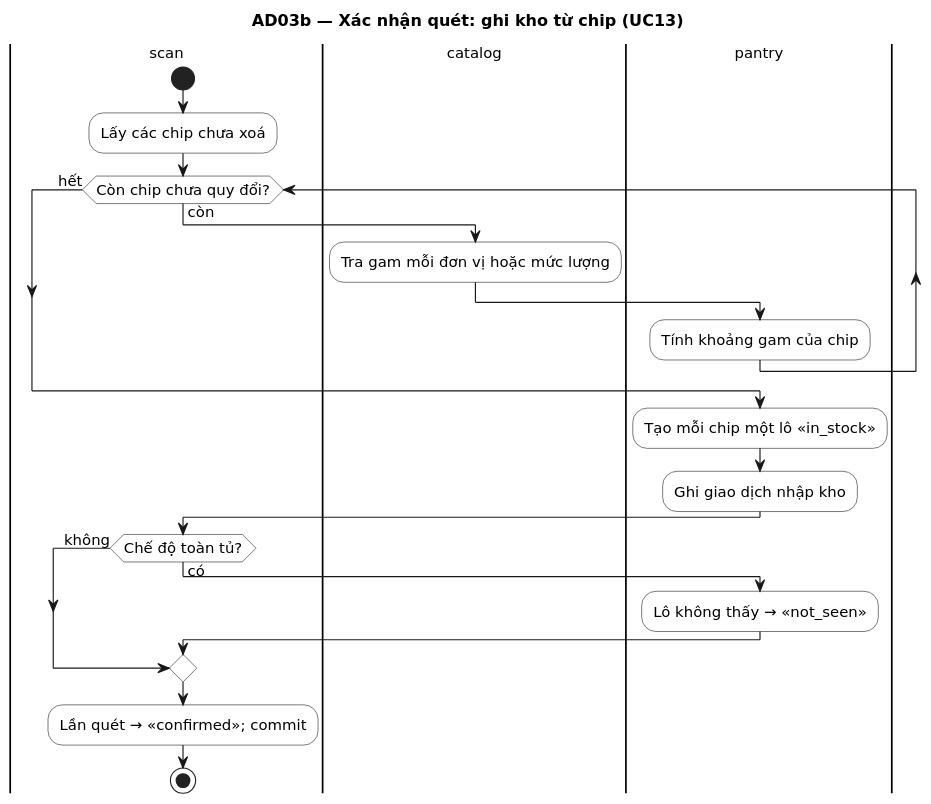
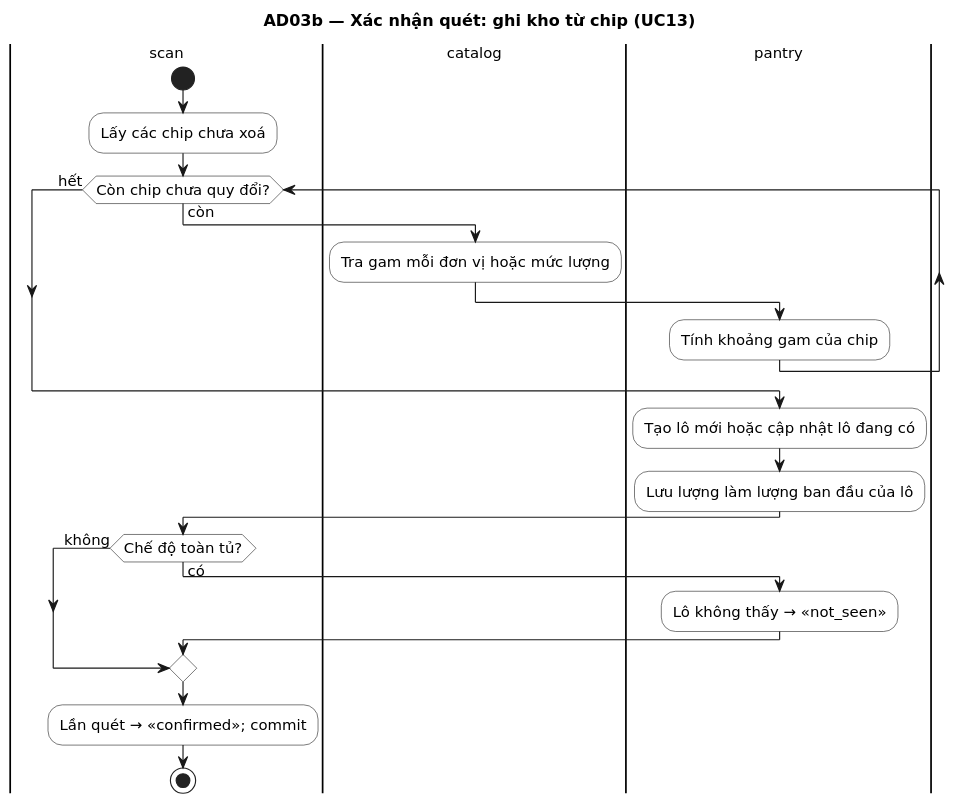
Before and after one commit to NamBuw/Tastoria: the diagram in docs/uml/activity/AD03b-ghi-kho-tu-chip.puml, drawn with PlantUML. The commit also changed 505 other files, not shown here.

Commit message:
feat(m6): commercial production hardening, E2E/DR verification, and system architecture PDF

```diff
--- a/docs/uml/activity/AD03b-ghi-kho-tu-chip.puml
+++ b/docs/uml/activity/AD03b-ghi-kho-tu-chip.puml
@@ -1,36 +1,36 @@
 @startuml
 title AD03b — Xác nhận quét: ghi kho từ chip (UC13)
 ' Sinh từ docs/sad/tools/diagrams/model.py — sửa ở đó rồi chạy gen_puml.py, không sửa tay.
 skinparam shadowing false
 skinparam defaultFontName DejaVu Sans
 skinparam defaultFontSize 13
 skinparam dpi 110
 
 skinparam ActivityBackgroundColor White
 
 |scan|
 |catalog|
 |pantry|
 |scan|
 start
 :Lấy các chip chưa xoá;
 while (Còn chip chưa quy đổi?) is (còn)
   |catalog|
   :Tra gam mỗi đơn vị hoặc mức lượng;
   |pantry|
   :Tính khoảng gam của chip;
 |scan|
 endwhile (hết)
 |pantry|
-:Tạo mỗi chip một lô «in_stock»;
-:Ghi giao dịch nhập kho;
+:Tạo lô mới hoặc cập nhật lô đang có;
+:Lưu lượng làm lượng ban đầu của lô;
 |scan|
 if (Chế độ toàn tủ?) then (có)
   |pantry|
   :Lô không thấy → «not_seen»;
 else (không)
 endif
 |scan|
 :Lần quét → «confirmed»; commit;
 stop
 @enduml
```
